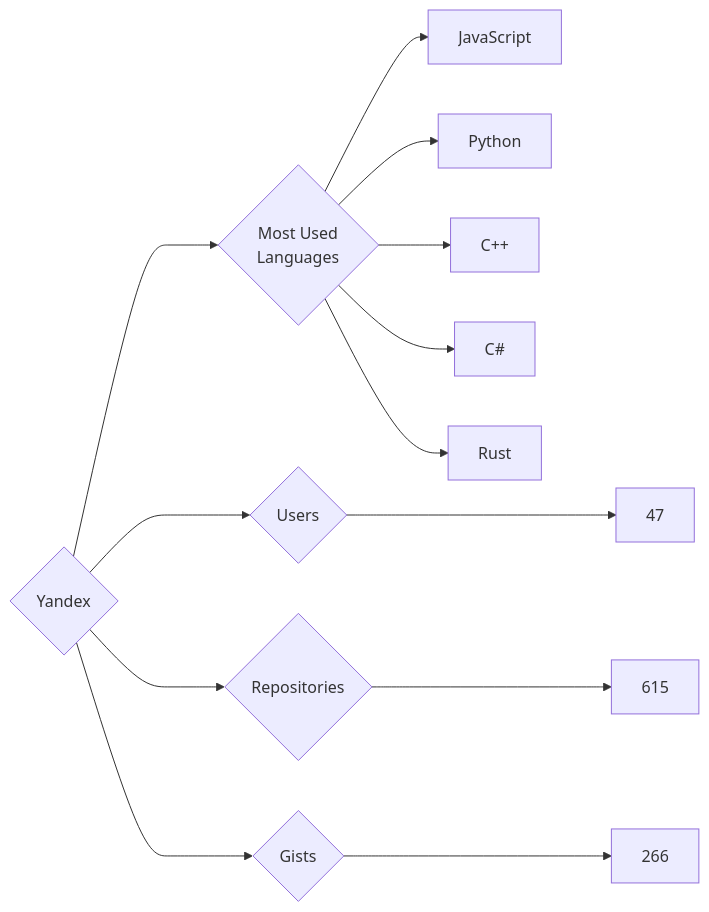
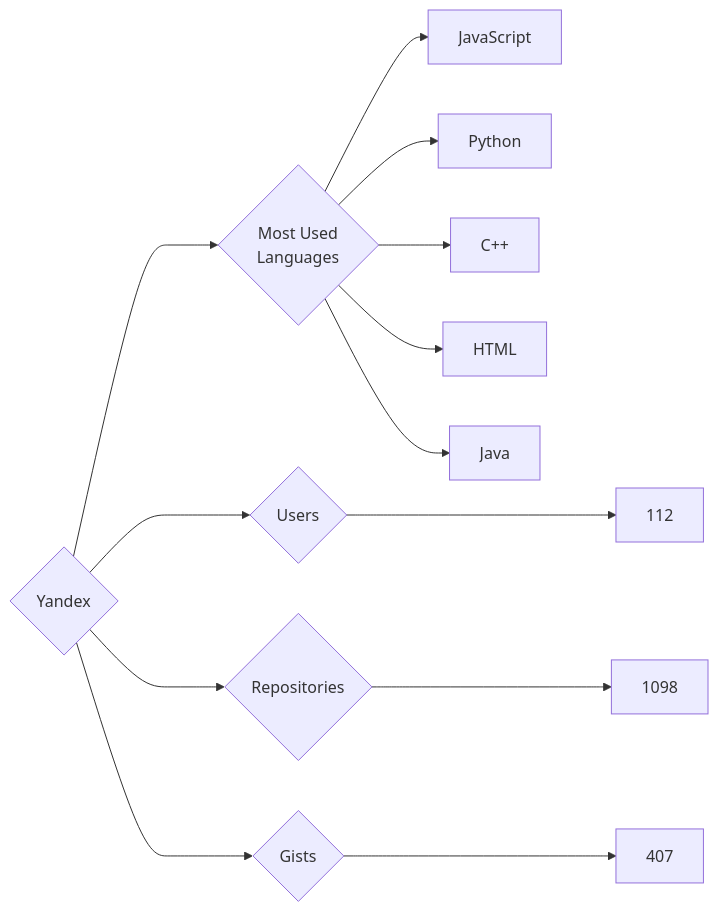
Before and after one commit to trickest/insiders: the diagram in targets/Yandex/README.md, drawn with Mermaid. The commit also changed 903 other files, not shown here.

````diff
--- a/targets/Yandex/README.md
+++ b/targets/Yandex/README.md
@@ -3,13 +3,13 @@
 ```mermaid
 graph LR
 COMPANY_NAME{Yandex}
-COMPANY_NAME ---> U{Users} ---> UN[47]
-COMPANY_NAME ---> R{Repositories} ---> RN[615]
-COMPANY_NAME ---> G{Gists} ---> GN[266]
+COMPANY_NAME ---> U{Users} ---> UN[112]
+COMPANY_NAME ---> R{Repositories} ---> RN[1098]
+COMPANY_NAME ---> G{Gists} ---> GN[407]
 COMPANY_NAME ---> ML{Most Used<br>Languages}
 ML --> JavaScript[JavaScript]
 ML --> Python[Python]
 ML --> C++[C++]
-ML --> C#[C#]
-ML --> Rust[Rust]
+ML --> HTML[HTML]
+ML --> Java[Java]
 ```
````
